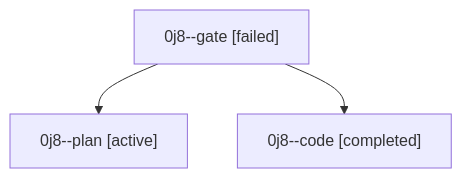
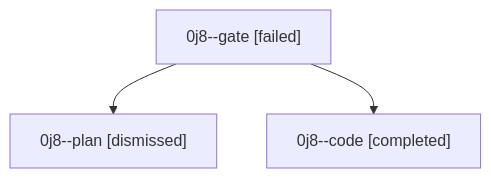
One commit to sase-org/sase--agents changed the diagram in sessions/bbugyi200.athena.0j8.md. Above: the diagram before and after it, drawn with Mermaid. The commit also changed other lines of this file and 50 other files, not shown here.

````diff
--- a/sessions/bbugyi200.athena.0j8.md
+++ b/sessions/bbugyi200.athena.0j8.md
@@ -9,8 +9,8 @@
 ```mermaid
 flowchart TD
   n0["0j8--gate [failed]"]
-  n1["0j8--plan [active]"]
+  n1["0j8--plan [dismissed]"]
   n0 --> n1
   n2["0j8--code [completed]"]
   n0 --> n2
 ```
````
